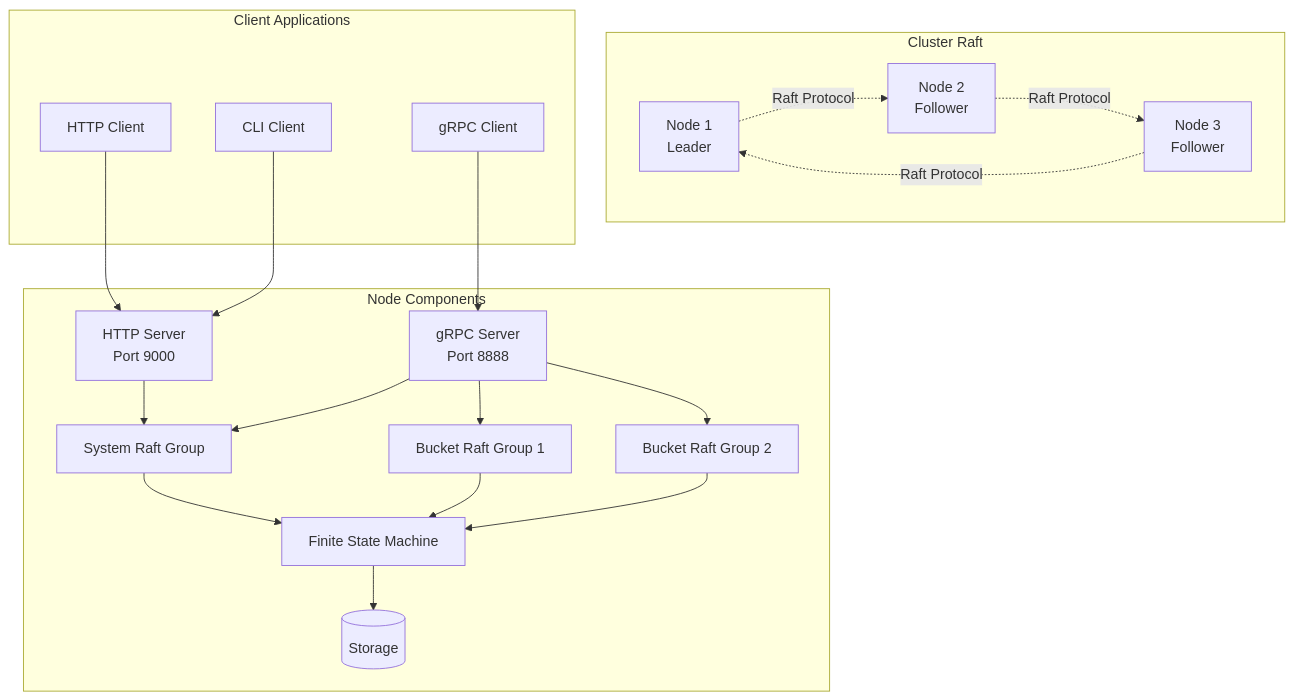
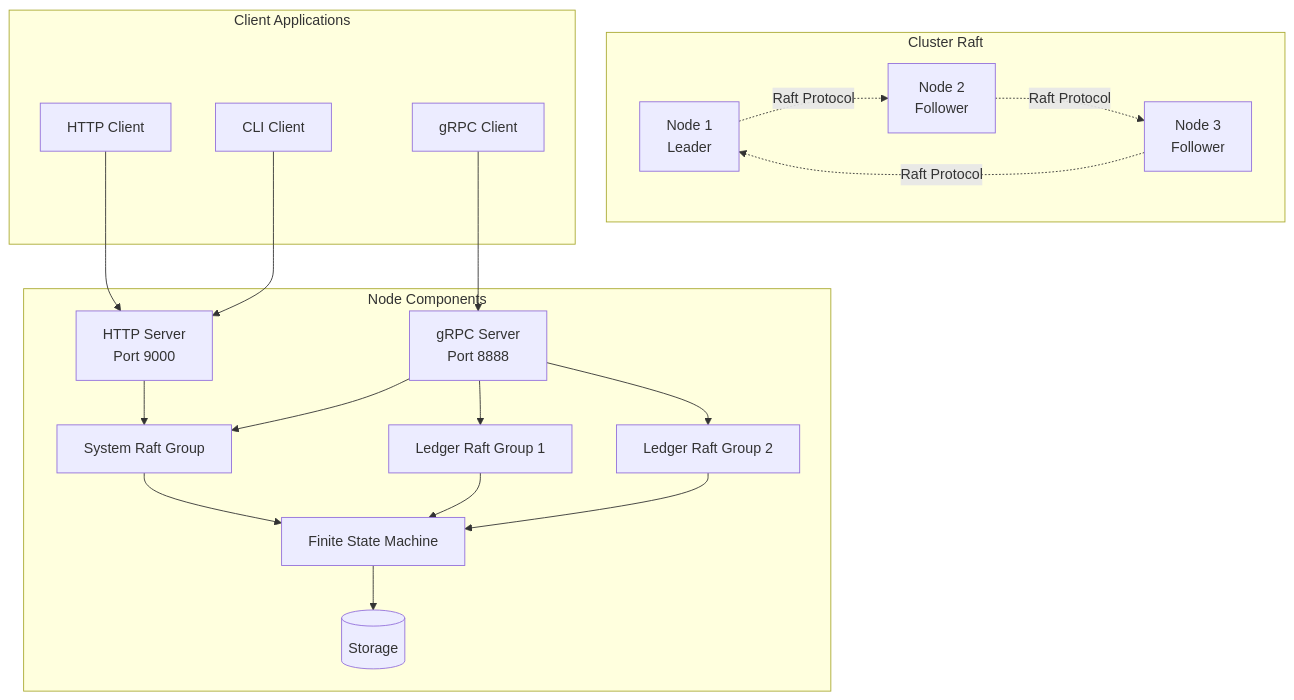
Before and after one commit to formancehq/ledger: the first of 6 diagrams in docs/architecture.md, drawn with Mermaid. The commit also changed other lines of this file and 123 other files, not shown here.

````diff
--- a/docs/architecture.md
+++ b/docs/architecture.md
@@ -9,43 +9,43 @@
 ```mermaid
 graph TB
     subgraph "Cluster Raft"
         Node1[Node 1<br/>Leader]
         Node2[Node 2<br/>Follower]
         Node3[Node 3<br/>Follower]
     end
     
     subgraph "Client Applications"
         HTTPClient[HTTP Client]
         GRPCClient[gRPC Client]
         CLIClient[CLI Client]
     end
     
     subgraph "Node Components"
         HTTPServer[HTTP Server<br/>Port 9000]
         GRPCServer[gRPC Server<br/>Port 8888]
         SystemRaft[System Raft Group]
-        BucketRaft1[Bucket Raft Group 1]
-        BucketRaft2[Bucket Raft Group 2]
+        LedgerRaft1[Ledger Raft Group 1]
+        LedgerRaft2[Ledger Raft Group 2]
         FSM[Finite State Machine]
         Storage[(Storage)]
     end
     
     HTTPClient --> HTTPServer
     GRPCClient --> GRPCServer
     CLIClient --> HTTPServer
     
     HTTPServer --> SystemRaft
     GRPCServer --> SystemRaft
-    GRPCServer --> BucketRaft1
-    GRPCServer --> BucketRaft2
+    GRPCServer --> LedgerRaft1
+    GRPCServer --> LedgerRaft2
     
     SystemRaft --> FSM
-    BucketRaft1 --> FSM
-    BucketRaft2 --> FSM
+    LedgerRaft1 --> FSM
+    LedgerRaft2 --> FSM
     
     FSM --> Storage
     
     Node1 -.Raft Protocol.-> Node2
     Node2 -.Raft Protocol.-> Node3
     Node3 -.Raft Protocol.-> Node1
 ```
````
